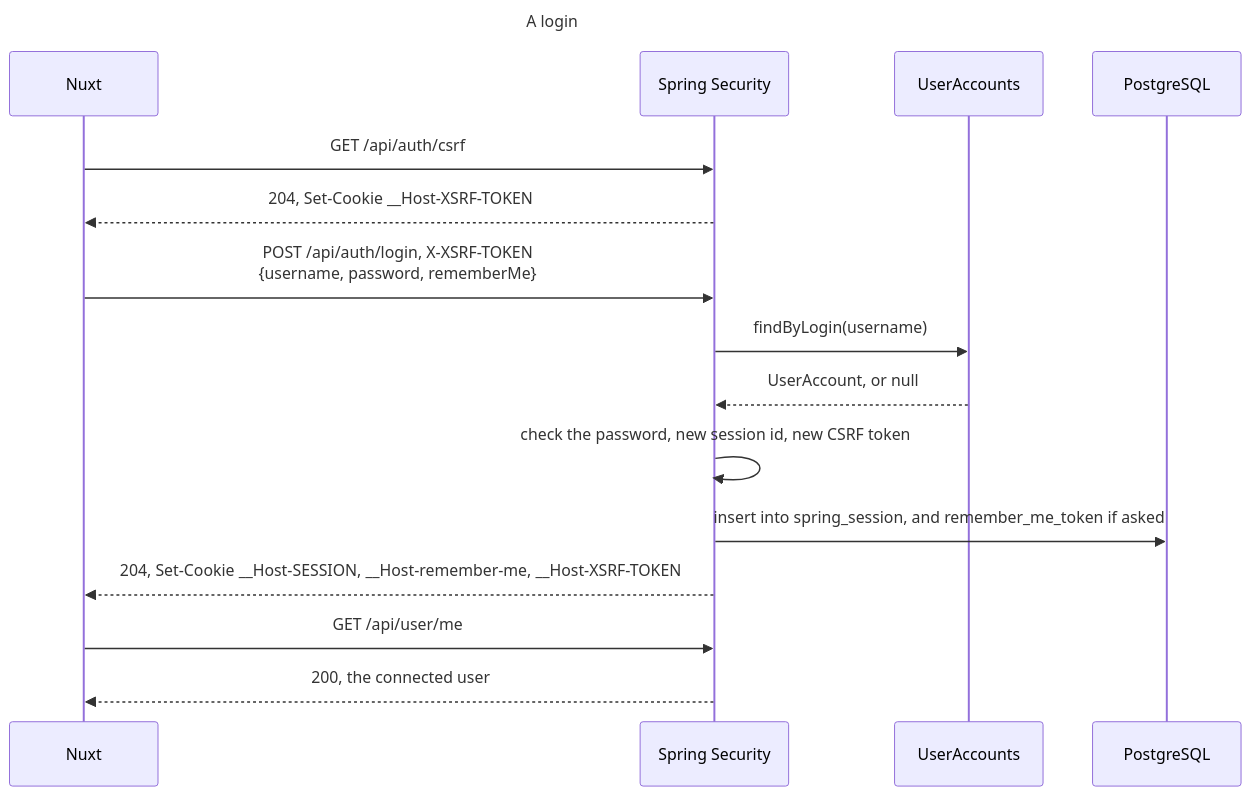
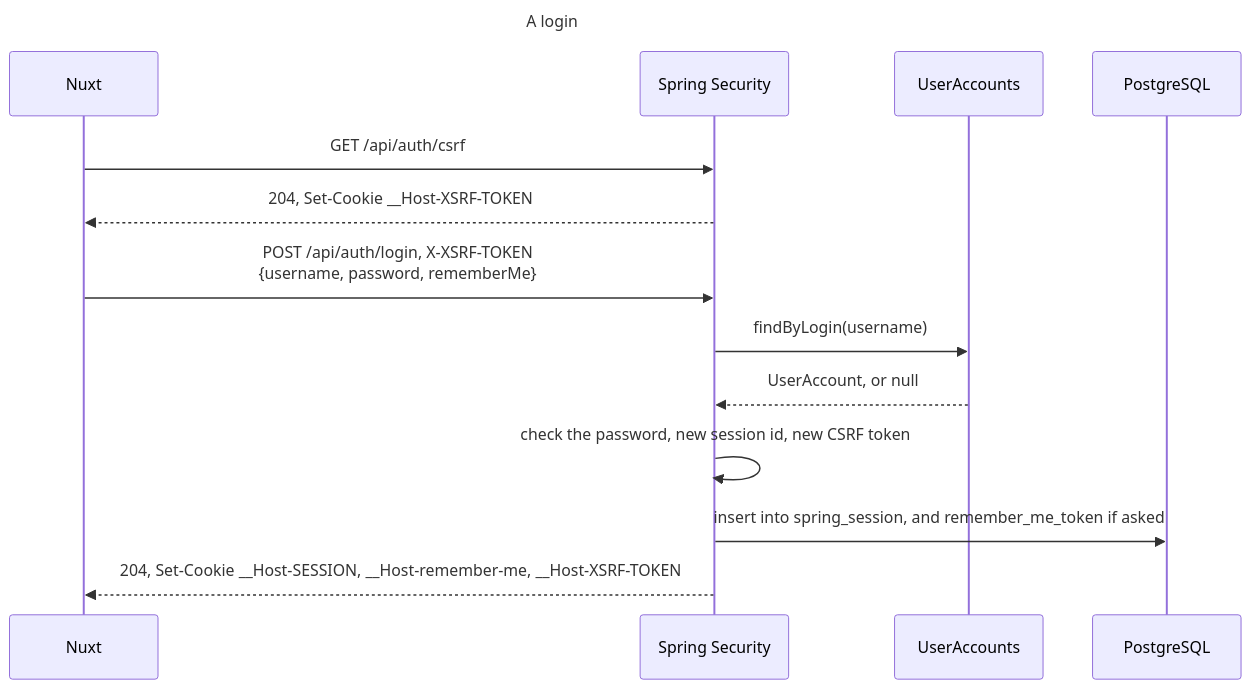
Before and after one commit to mboisnard/drinkit: the fifth of 8 diagrams in docs/src/engineering/security/principles.md, drawn with Mermaid. The commit also changed other lines of this file and 7 other files, not shown here.

````diff
--- a/docs/src/engineering/security/principles.md
+++ b/docs/src/engineering/security/principles.md
@@ -184,20 +150,18 @@
 ```mermaid
 ---
 title: A login
 ---
 sequenceDiagram
   participant Nuxt
   participant Security as Spring Security
   participant Accounts as UserAccounts
   participant DB as PostgreSQL
   Nuxt->>Security: GET /api/auth/csrf
   Security-->>Nuxt: 204, Set-Cookie __Host-XSRF-TOKEN
   Nuxt->>Security: POST /api/auth/login, X-XSRF-TOKEN<br/>{username, password, rememberMe}
   Security->>Accounts: findByLogin(username)
   Accounts-->>Security: UserAccount, or null
   Security->>Security: check the password, new session id, new CSRF token
   Security->>DB: insert into spring_session, and remember_me_token if asked
   Security-->>Nuxt: 204, Set-Cookie __Host-SESSION, __Host-remember-me, __Host-XSRF-TOKEN
-  Nuxt->>Security: GET /api/user/me
-  Security-->>Nuxt: 200, the connected user
 ```
````
